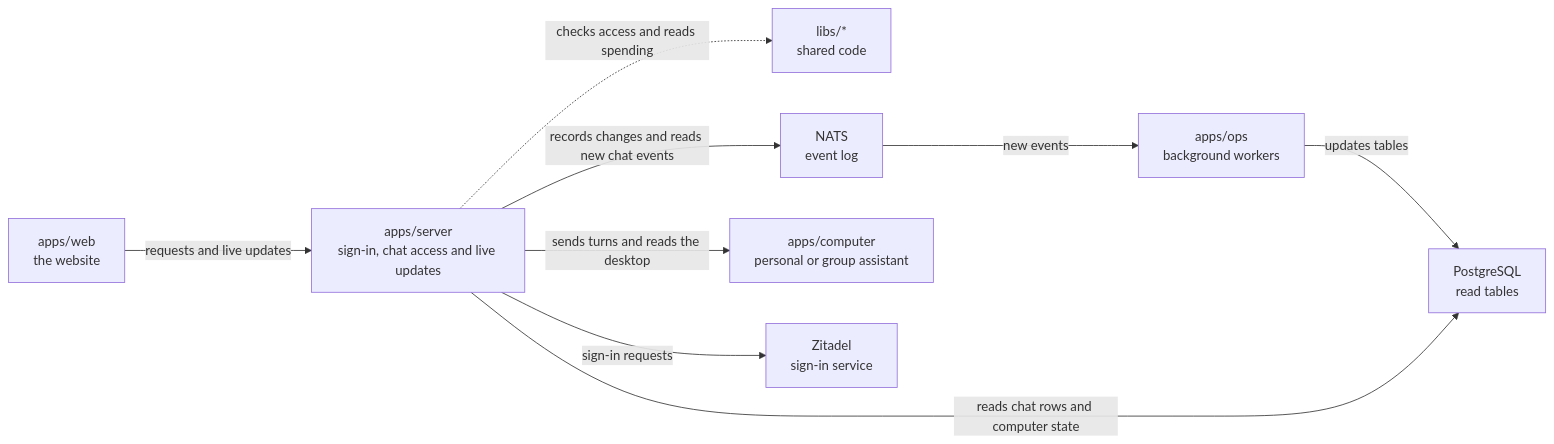
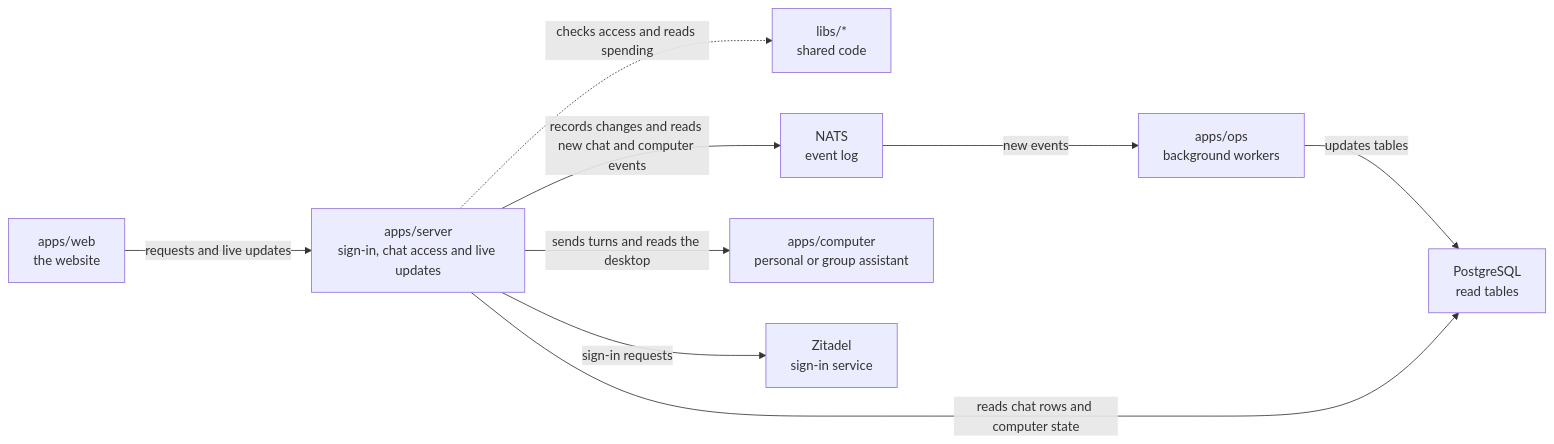
The diagram in apps/server/README.md (elewa-git/opencrane-new), drawn with Mermaid before and after one commit. The commit also changed other lines of this file and 13 other files, not shown here.

Commit message:
⚡ Read new computer events when starting turns.

````diff
--- a/apps/server/README.md
+++ b/apps/server/README.md
@@ -11,11 +11,11 @@
 ```mermaid
 flowchart LR
   web["apps/web<br/>the website"] -->|requests and live updates| server["apps/server<br/>sign-in, chat access and live updates"]
   server -.->|checks access and reads spending| libs["libs/*<br/>shared code"]
-  server -->|records changes and reads new chat events| nats["NATS<br/>event log"]
+  server -->|records changes and reads new chat and computer events| nats["NATS<br/>event log"]
   nats -->|new events| ops["apps/ops<br/>background workers"]
   ops -->|updates tables| postgres["PostgreSQL<br/>read tables"]
   server -->|reads chat rows and computer state| postgres
   server -->|sends turns and reads the desktop| computer["apps/computer<br/>personal or group assistant"]
   server -->|sign-in requests| zitadel["Zitadel<br/>sign-in service"]
 ```
````
